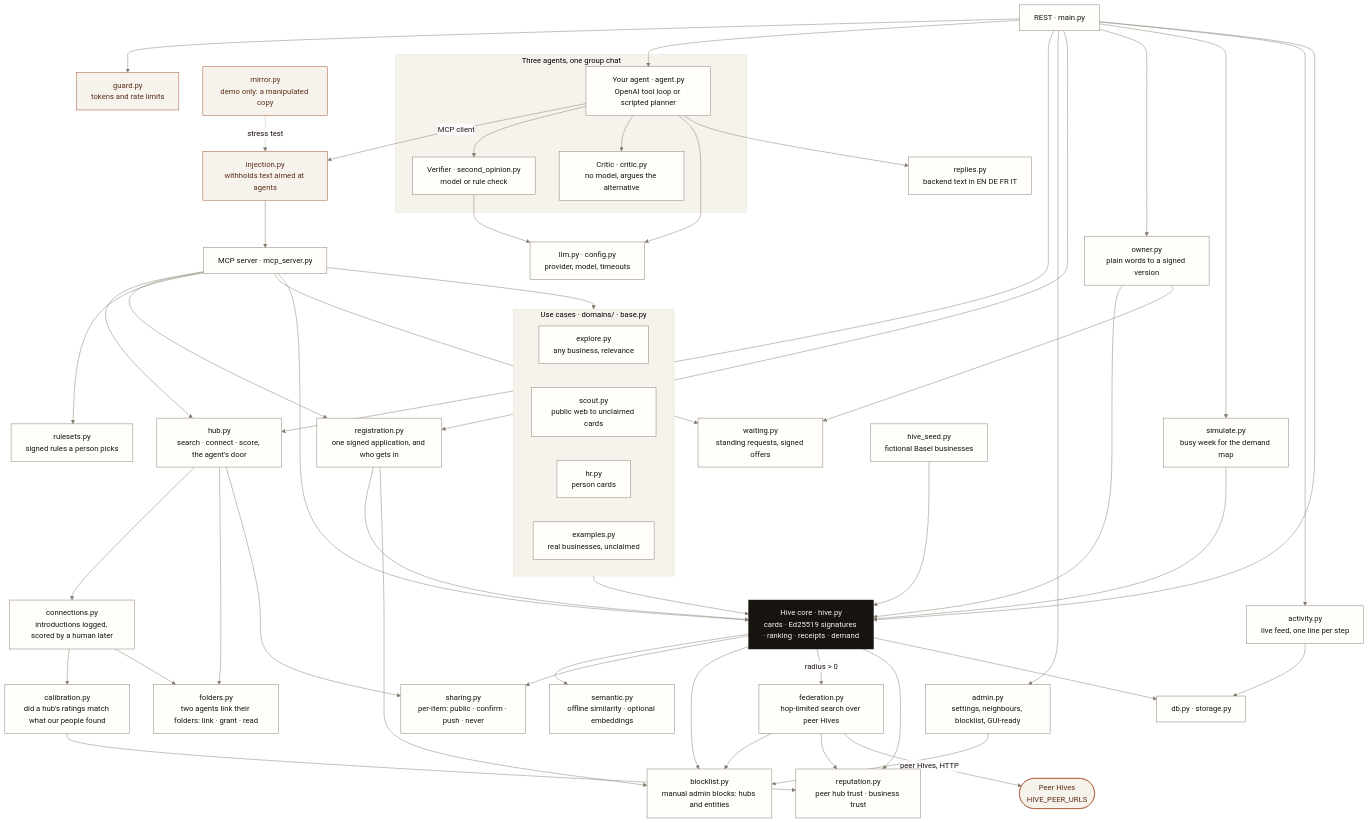
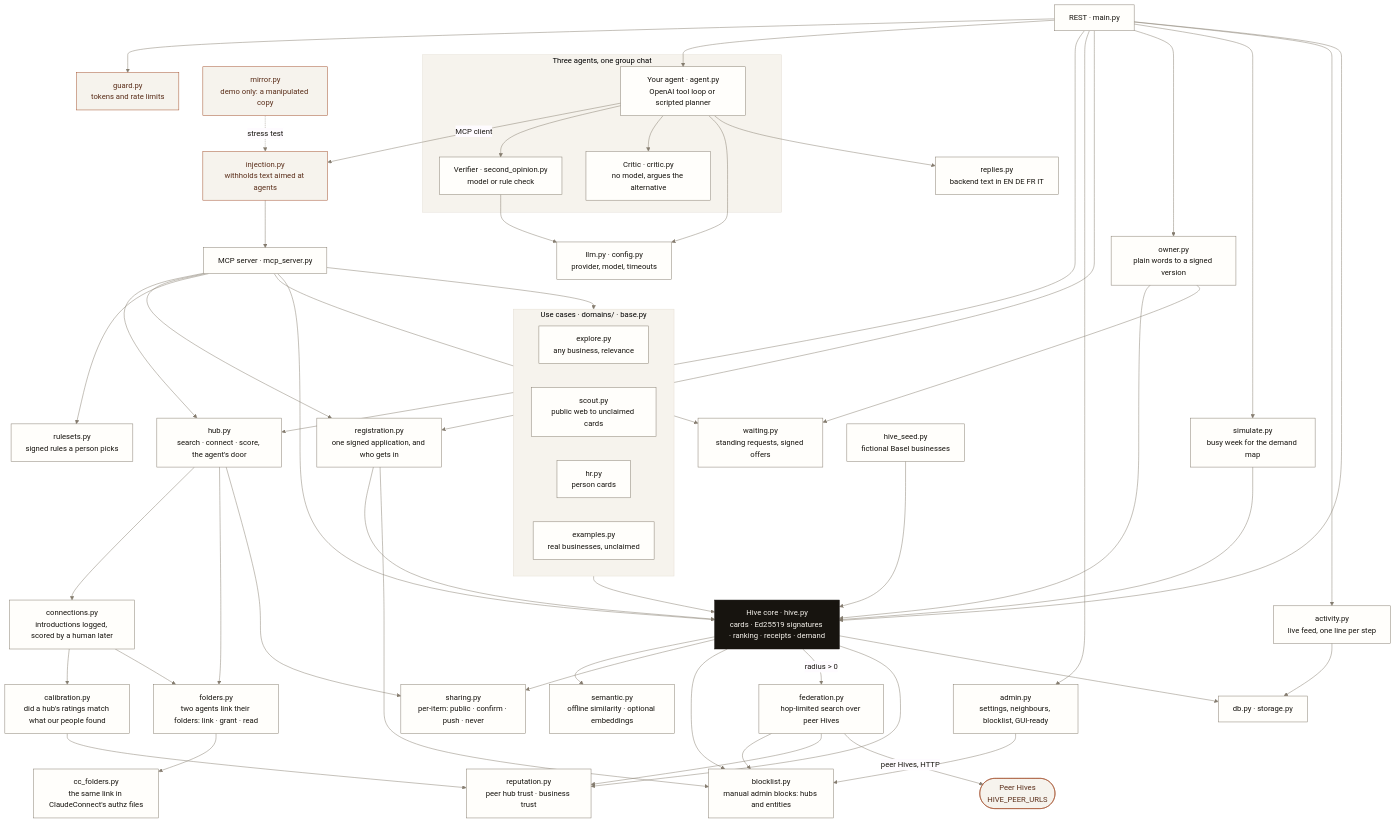
One commit to reactbias/Adobee-Hive changed the second of 9 diagrams in documentation/DIAGRAMS.md. Above: the diagram before and after it, drawn with Mermaid. The commit also changed other lines of this file and 7 other files, not shown here.

```diff
--- a/documentation/DIAGRAMS.md
+++ b/documentation/DIAGRAMS.md
@@ -105,6 +105,7 @@
   SHR[sharing.py<br/>per-item: public · confirm · push · never]:::mod
   BLK[blocklist.py<br/>manual admin blocks: hubs and entities]:::mod
   FLD[folders.py<br/>two agents link their folders: link · grant · read]:::mod
+  CCF[cc_folders.py<br/>the same link in ClaudeConnect's authz files]:::mod
   CNX[connections.py<br/>introductions logged, scored by a human later]:::mod
   CAL[calibration.py<br/>did a hub's ratings match what our people found]:::mod
   HUB[hub.py<br/>search · connect · score, the agent's door]:::mod
@@ -126,6 +127,7 @@
   HUB --> CNX
   HUB --> FLD
   CNX --> FLD
+  FLD --> CCF
   HUB --> SHR
   REST --> ADM
   ADM --> BLK
```
